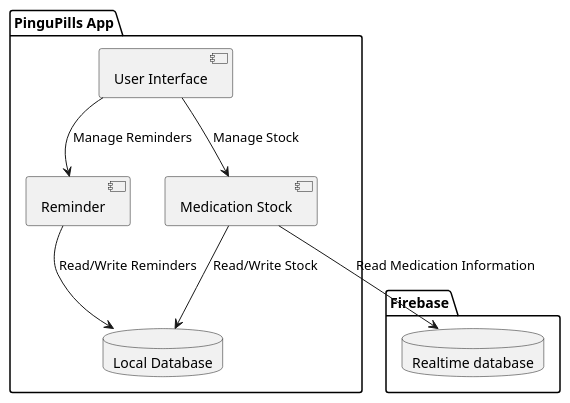
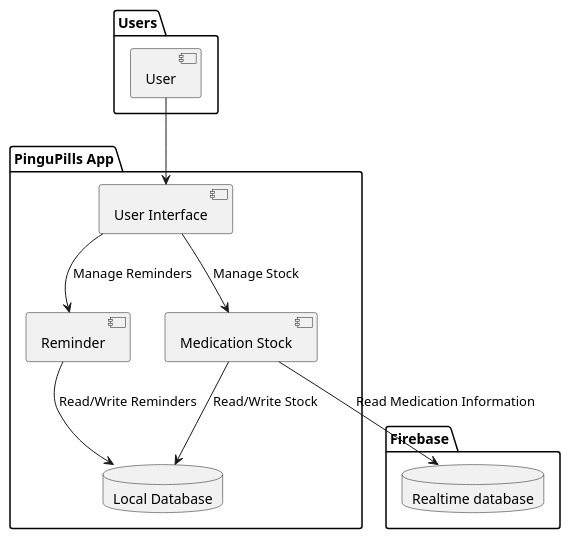
The diagram in assets/diagrams/logical/logical_architecture.wsd (YZ1GO/L.EIC017_ES_PRJ), drawn with PlantUML before and after one commit. The commit also changed 4 other files, not shown here.

Commit message:
reformulation of diagramas

```diff
--- a/assets/diagrams/logical/logical_architecture.wsd
+++ b/assets/diagrams/logical/logical_architecture.wsd
@@ -1,23 +1,27 @@
 @startuml
+
+package "Users"{
+    [User]
+}
 
 package "PinguPills App" {
     [User Interface] as UI
     [Reminder] as Reminder
     [Medication Stock] as Stock
     
     database "Local Database" as LocalDB {
     }
 }
 package "Firebase" {
     database "Realtime database" as FirebaseDB {
 
     } 
 }
 
-
+User --> UI
 UI --> Reminder : Manage Reminders
 UI --> Stock : Manage Stock
 Reminder --> LocalDB : Read/Write Reminders
 Stock --> LocalDB : Read/Write Stock
 Stock --> FirebaseDB : Read Medication Information
 @enduml
```
